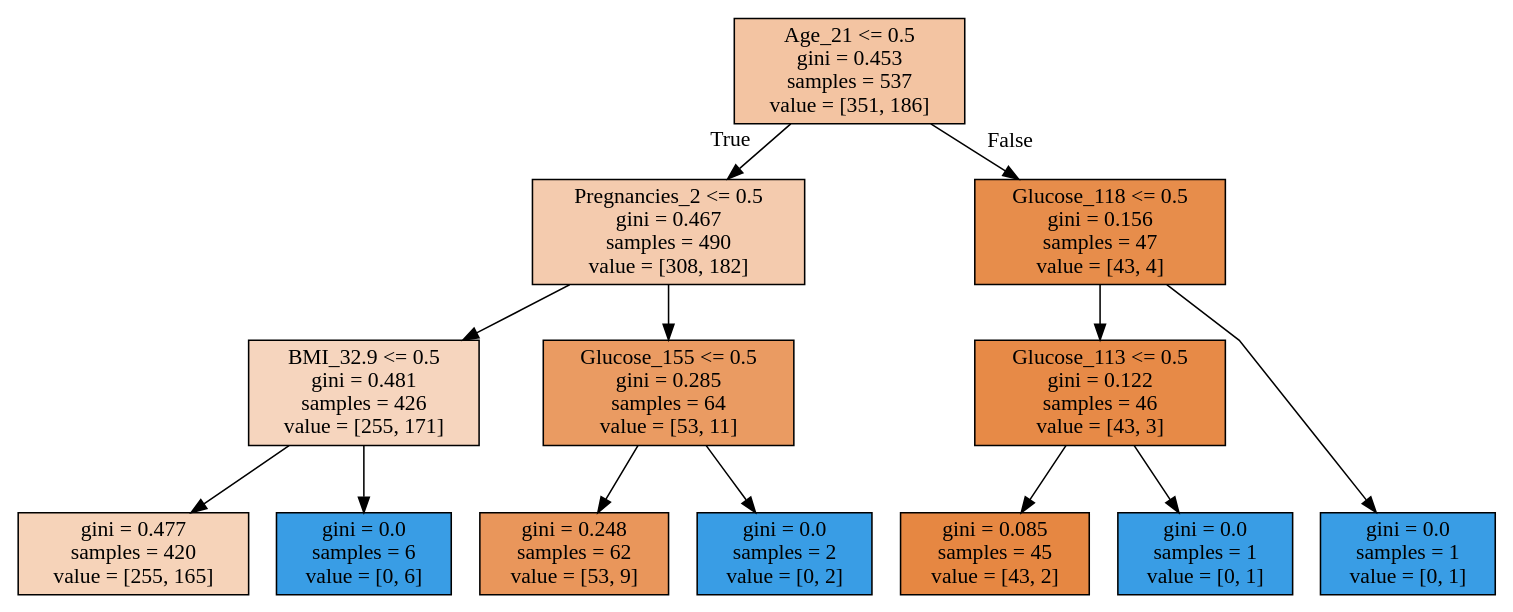
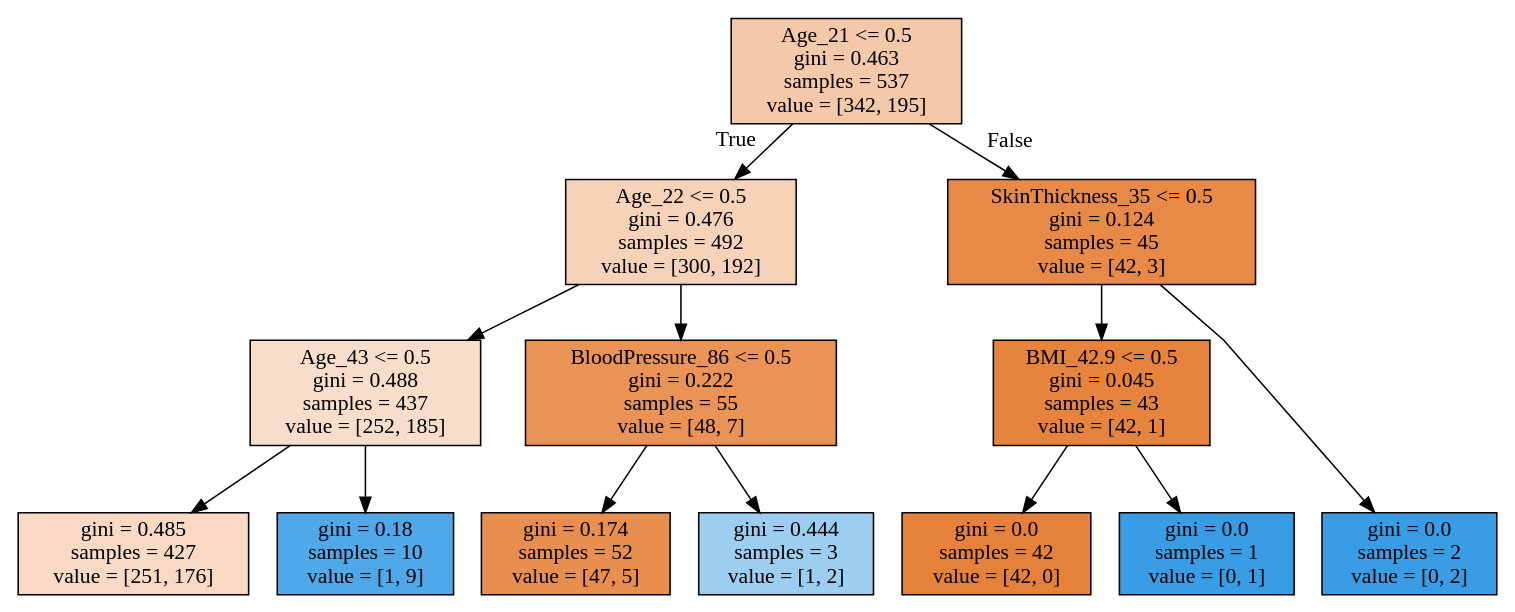
One commit to biancini/DataScience-HEP changed the diagram in Lezioni/out/diabetes-tree.dot. Above: the diagram before and after it, drawn with Graphviz. The commit also changed 5 other files, not shown here.

```diff
--- a/Lezioni/out/diabetes-tree.dot
+++ b/Lezioni/out/diabetes-tree.dot
@@ -1,33 +1,33 @@
 digraph Tree {
 node [shape=box, style="filled", color="black"] ;
 graph [ranksep=equally, splines=polyline] ;
-0 [label="Age_21 <= 0.5\ngini = 0.453\nsamples = 537\nvalue = [351, 186]", fillcolor="#f3c4a2"] ;
-1 [label="Pregnancies_2 <= 0.5\ngini = 0.467\nsamples = 490\nvalue = [308, 182]", fillcolor="#f4cbae"] ;
+0 [label="Age_21 <= 0.5\ngini = 0.463\nsamples = 537\nvalue = [342, 195]", fillcolor="#f4c9aa"] ;
+1 [label="Age_22 <= 0.5\ngini = 0.476\nsamples = 492\nvalue = [300, 192]", fillcolor="#f6d2b8"] ;
 0 -> 1 [labeldistance=2.5, labelangle=45, headlabel="True"] ;
-2 [label="BMI_32.9 <= 0.5\ngini = 0.481\nsamples = 426\nvalue = [255, 171]", fillcolor="#f6d5be"] ;
+2 [label="Age_43 <= 0.5\ngini = 0.488\nsamples = 437\nvalue = [252, 185]", fillcolor="#f8deca"] ;
 1 -> 2 ;
-3 [label="gini = 0.477\nsamples = 420\nvalue = [255, 165]", fillcolor="#f6d3b9"] ;
+3 [label="gini = 0.485\nsamples = 427\nvalue = [251, 176]", fillcolor="#f7d9c4"] ;
 2 -> 3 ;
-4 [label="gini = 0.0\nsamples = 6\nvalue = [0, 6]", fillcolor="#399de5"] ;
+4 [label="gini = 0.18\nsamples = 10\nvalue = [1, 9]", fillcolor="#4fa8e8"] ;
 2 -> 4 ;
-5 [label="Glucose_155 <= 0.5\ngini = 0.285\nsamples = 64\nvalue = [53, 11]", fillcolor="#ea9b62"] ;
+5 [label="BloodPressure_86 <= 0.5\ngini = 0.222\nsamples = 55\nvalue = [48, 7]", fillcolor="#e99356"] ;
 1 -> 5 ;
-6 [label="gini = 0.248\nsamples = 62\nvalue = [53, 9]", fillcolor="#e9965b"] ;
+6 [label="gini = 0.174\nsamples = 52\nvalue = [47, 5]", fillcolor="#e88e4e"] ;
 5 -> 6 ;
-7 [label="gini = 0.0\nsamples = 2\nvalue = [0, 2]", fillcolor="#399de5"] ;
+7 [label="gini = 0.444\nsamples = 3\nvalue = [1, 2]", fillcolor="#9ccef2"] ;
 5 -> 7 ;
-8 [label="Glucose_118 <= 0.5\ngini = 0.156\nsamples = 47\nvalue = [43, 4]", fillcolor="#e78d4b"] ;
+8 [label="SkinThickness_35 <= 0.5\ngini = 0.124\nsamples = 45\nvalue = [42, 3]", fillcolor="#e78a47"] ;
 0 -> 8 [labeldistance=2.5, labelangle=-45, headlabel="False"] ;
-9 [label="Glucose_113 <= 0.5\ngini = 0.122\nsamples = 46\nvalue = [43, 3]", fillcolor="#e78a47"] ;
+9 [label="BMI_42.9 <= 0.5\ngini = 0.045\nsamples = 43\nvalue = [42, 1]", fillcolor="#e6843e"] ;
 8 -> 9 ;
-10 [label="gini = 0.085\nsamples = 45\nvalue = [43, 2]", fillcolor="#e68742"] ;
+10 [label="gini = 0.0\nsamples = 42\nvalue = [42, 0]", fillcolor="#e58139"] ;
 9 -> 10 ;
 11 [label="gini = 0.0\nsamples = 1\nvalue = [0, 1]", fillcolor="#399de5"] ;
 9 -> 11 ;
-12 [label="gini = 0.0\nsamples = 1\nvalue = [0, 1]", fillcolor="#399de5"] ;
+12 [label="gini = 0.0\nsamples = 2\nvalue = [0, 2]", fillcolor="#399de5"] ;
 8 -> 12 ;
 {rank=same ; 0} ;
 {rank=same ; 1; 8} ;
 {rank=same ; 2; 5; 9} ;
 {rank=same ; 3; 4; 6; 7; 10; 11; 12} ;
 }
```
